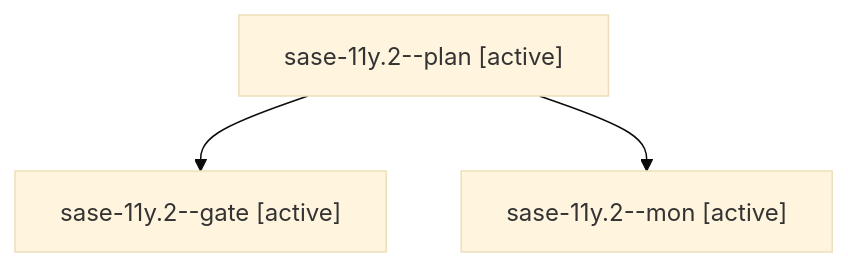
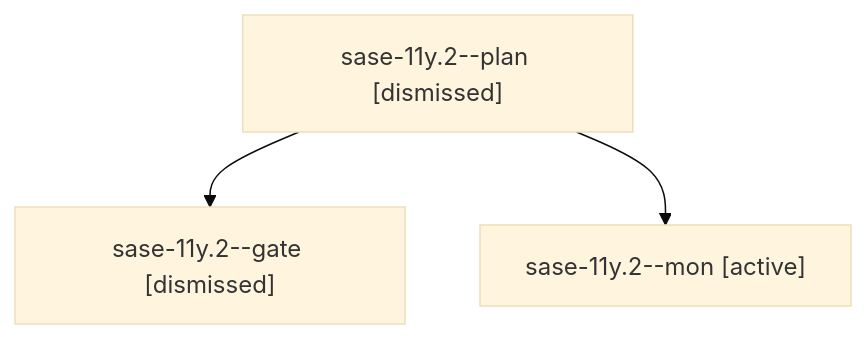
Before and after one commit to sase-org/sase--agents: the diagram in sessions/bbugyi200.athena.sase-11y.2.md, drawn with Mermaid (base theme). The commit also changed other lines of this file and 252 other files, not shown here.

````diff
--- a/sessions/bbugyi200.athena.sase-11y.2.md
+++ b/sessions/bbugyi200.athena.sase-11y.2.md
@@ -9,8 +9,8 @@
 ```mermaid
 flowchart TD
-  n0["sase-11y.2--plan [active]"]
-  n1["sase-11y.2--gate [active]"]
+  n0["sase-11y.2--plan [dismissed]"]
+  n1["sase-11y.2--gate [dismissed]"]
   n0 --> n1
   n2["sase-11y.2--mon [active]"]
   n0 --> n2
 ```
````
